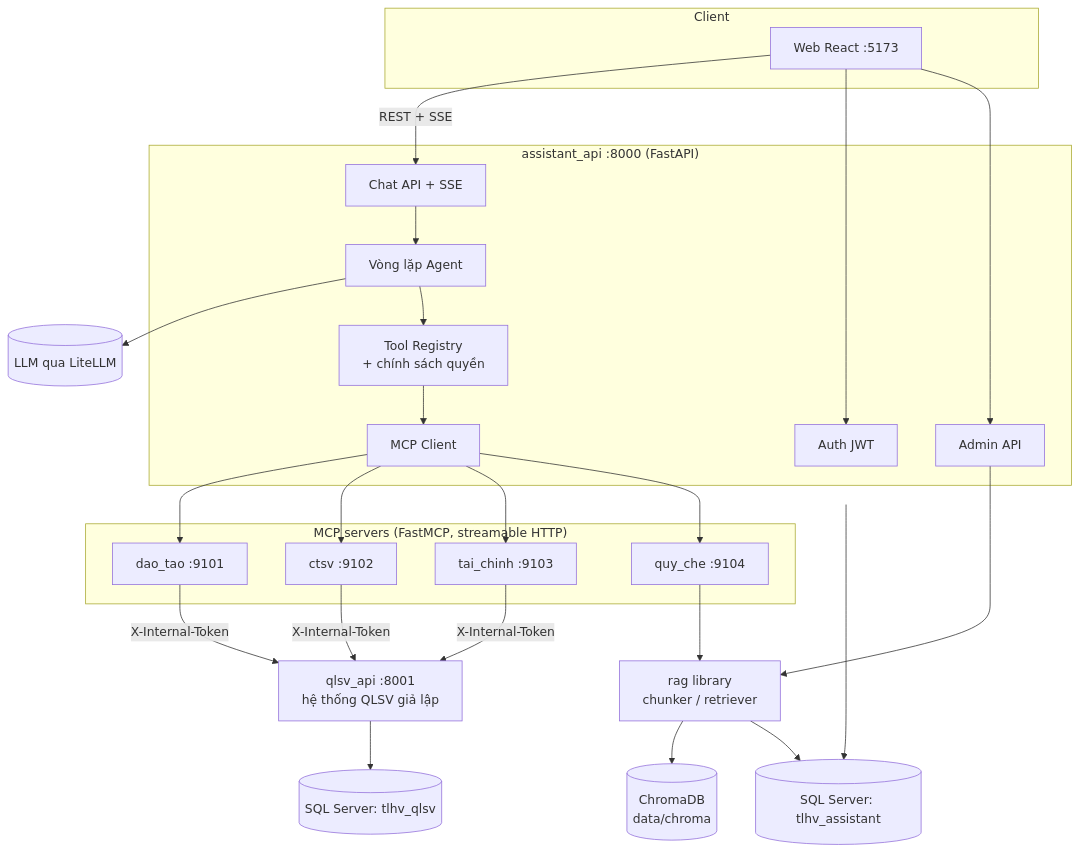
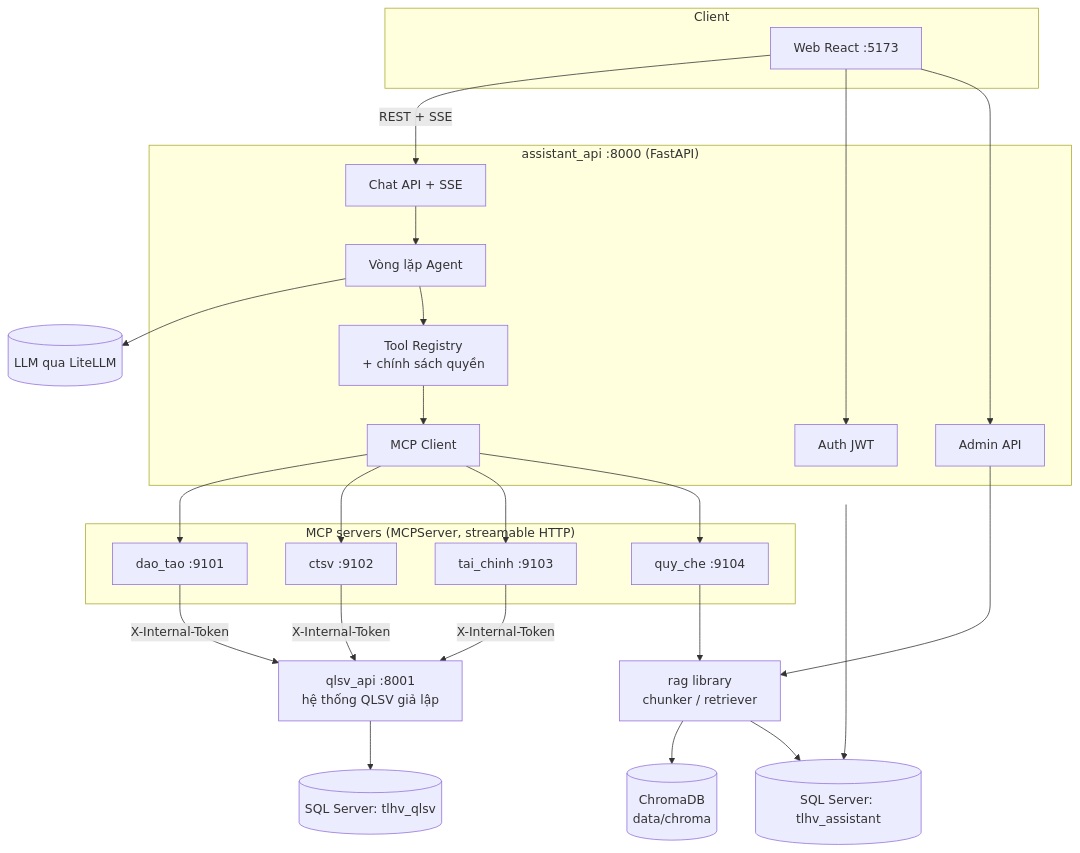
The first of 2 diagrams in docs/02-kien-truc.md (vuduytien2005/tro_ly_hoc_vu), drawn with Mermaid before and after one commit. The commit also changed other lines of this file and 14 other files, not shown here.

````diff
--- a/docs/02-kien-truc.md
+++ b/docs/02-kien-truc.md
@@ -5,42 +5,42 @@
 ```mermaid
 flowchart TB
     subgraph Client
         WEB[Web React :5173]
     end
     subgraph Assistant["assistant_api :8000 (FastAPI)"]
         AUTH[Auth JWT]
         CHAT[Chat API + SSE]
         AGENT[Vòng lặp Agent]
         REG[Tool Registry<br/>+ chính sách quyền]
         MCPC[MCP Client]
         ADMIN[Admin API]
     end
-    subgraph MCP["MCP servers (FastMCP, streamable HTTP)"]
+    subgraph MCP["MCP servers (MCPServer, streamable HTTP)"]
         DT[dao_tao :9101]
         CT[ctsv :9102]
         TC[tai_chinh :9103]
         QC[quy_che :9104]
     end
     QLSV[qlsv_api :8001<br/>hệ thống QLSV giả lập]
     RAG[rag library<br/>chunker / retriever]
     LLM[(LLM qua LiteLLM)]
     DBA[(SQL Server: tlhv_assistant)]
     DBQ[(SQL Server: tlhv_qlsv)]
     CHROMA[(ChromaDB<br/>data/chroma)]
 
     WEB -->|REST + SSE| CHAT
     WEB --> AUTH
     WEB --> ADMIN
     CHAT --> AGENT
     AGENT --> LLM
     AGENT --> REG
     REG --> MCPC
     MCPC --> DT & CT & TC & QC
     DT & CT & TC -->|X-Internal-Token| QLSV
     QLSV --> DBQ
     QC --> RAG
     RAG --> CHROMA
     RAG --> DBA
     ADMIN --> RAG
     Assistant --> DBA
 ```
````
